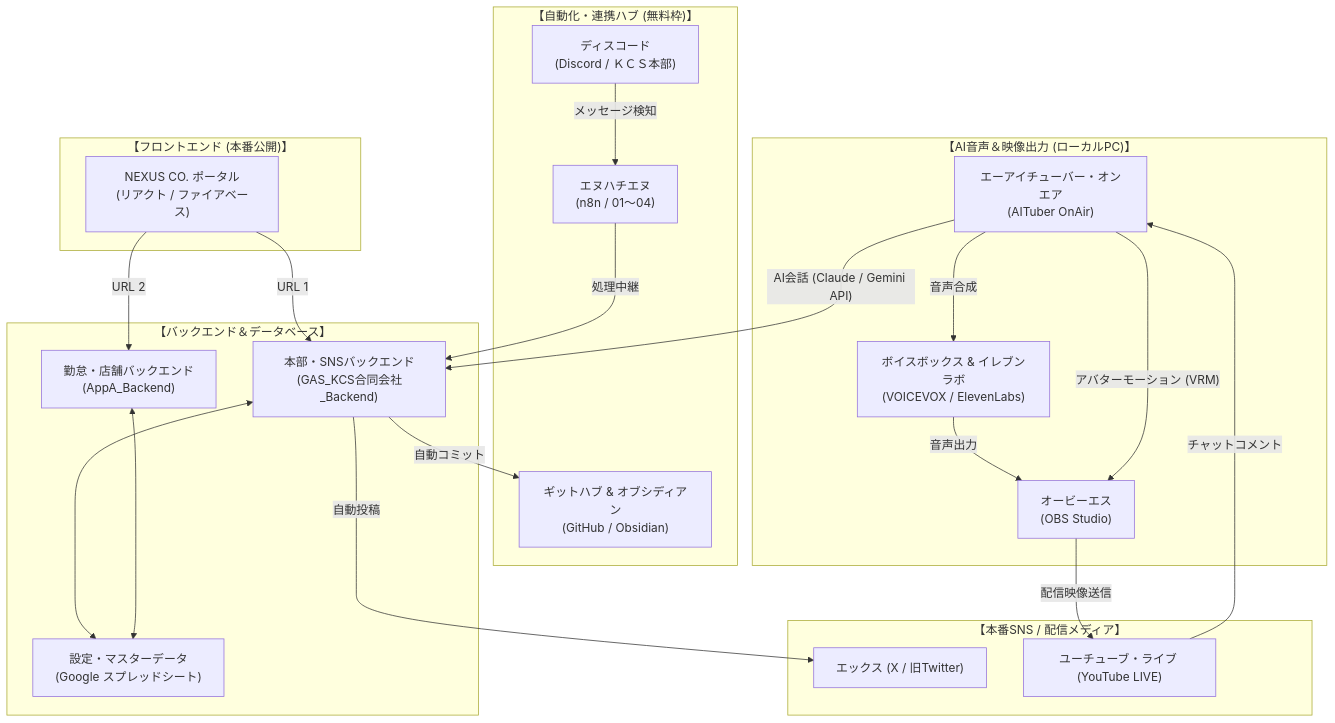
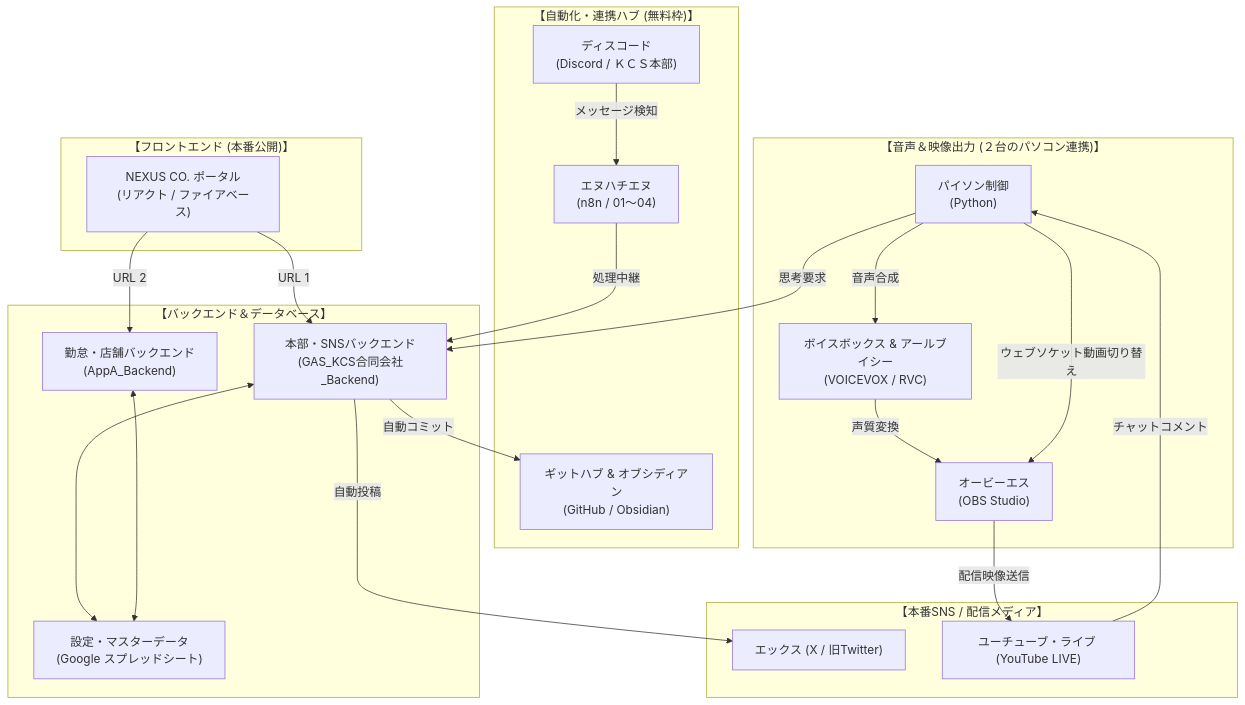
Before and after one commit to kenny1102bleu-lab/attendance-app: the first of 3 diagrams in APP会社/KCS_INTEGRATED_PLANNING_SHEET.md, drawn with Mermaid. The commit also changed other lines of this file and 17 other files, not shown here.

````diff
--- a/APP会社/KCS_INTEGRATED_PLANNING_SHEET.md
+++ b/APP会社/KCS_INTEGRATED_PLANNING_SHEET.md
@@ -19,46 +19,46 @@
 ```mermaid
 graph TD
     subgraph "【フロントエンド (本番公開)】"
         A["NEXUS CO. ポータル<br>(リアクト / ファイアベース)"]
     end
 
     subgraph "【自動化・連携ハブ (無料枠)】"
         E["エヌハチエヌ<br>(n8n / 01〜04)"]
         F["ディスコード<br>(Discord / ＫＣＳ本部)"]
         G["ギットハブ & オブシディアン<br>(GitHub / Obsidian)"]
     end
 
     subgraph "【バックエンド＆データベース】"
         B["本部・SNSバックエンド<br>(GAS_KCS合同会社_Backend)"]
         C["勤怠・店舗バックエンド<br>(AppA_Backend)"]
         D["設定・マスターデータ<br>(Google スプレッドシート)"]
     end
 
-    subgraph "【AI音声＆映像出力 (ローカルPC)】"
-        H["エーアイチューバー・オンエア<br>(AITuber OnAir)"]
+    subgraph "【音声＆映像出力 (２台のパソコン連携)】"
+        H["パイソン制御<br>(Python)"]
         I["オービーエス<br>(OBS Studio)"]
-        J["ボイスボックス & イレブンラボ<br>(VOICEVOX / ElevenLabs)"]
+        J["ボイスボックス & アールブイシー<br>(VOICEVOX / RVC)"]
     end
 
     subgraph "【本番SNS / 配信メディア】"
         K["エックス (X / 旧Twitter)"]
         L["ユーチューブ・ライブ (YouTube LIVE)"]
     end
 
     A -->|"URL 1"| B
     A -->|"URL 2"| C
     B <---> D
     C <---> D
     
     F -->|"メッセージ検知"| E
     E -->|"処理中継"| B
     B -->|"自動コミット"| G
     B -->|"自動投稿"| K
     
     L -->|"チャットコメント"| H
-    H -->|"AI会話 (Claude / Gemini API)"| B
+    H -->|"思考要求"| B
     H -->|"音声合成"| J
-    J -->|"音声出力"| I
-    H -->|"アバターモーション (VRM)"| I
+    J -->|"声質変換"| I
+    H -->|"ウェブソケット動画切り替え"| I
     I -->|"配信映像送信"| L
 ```
````
